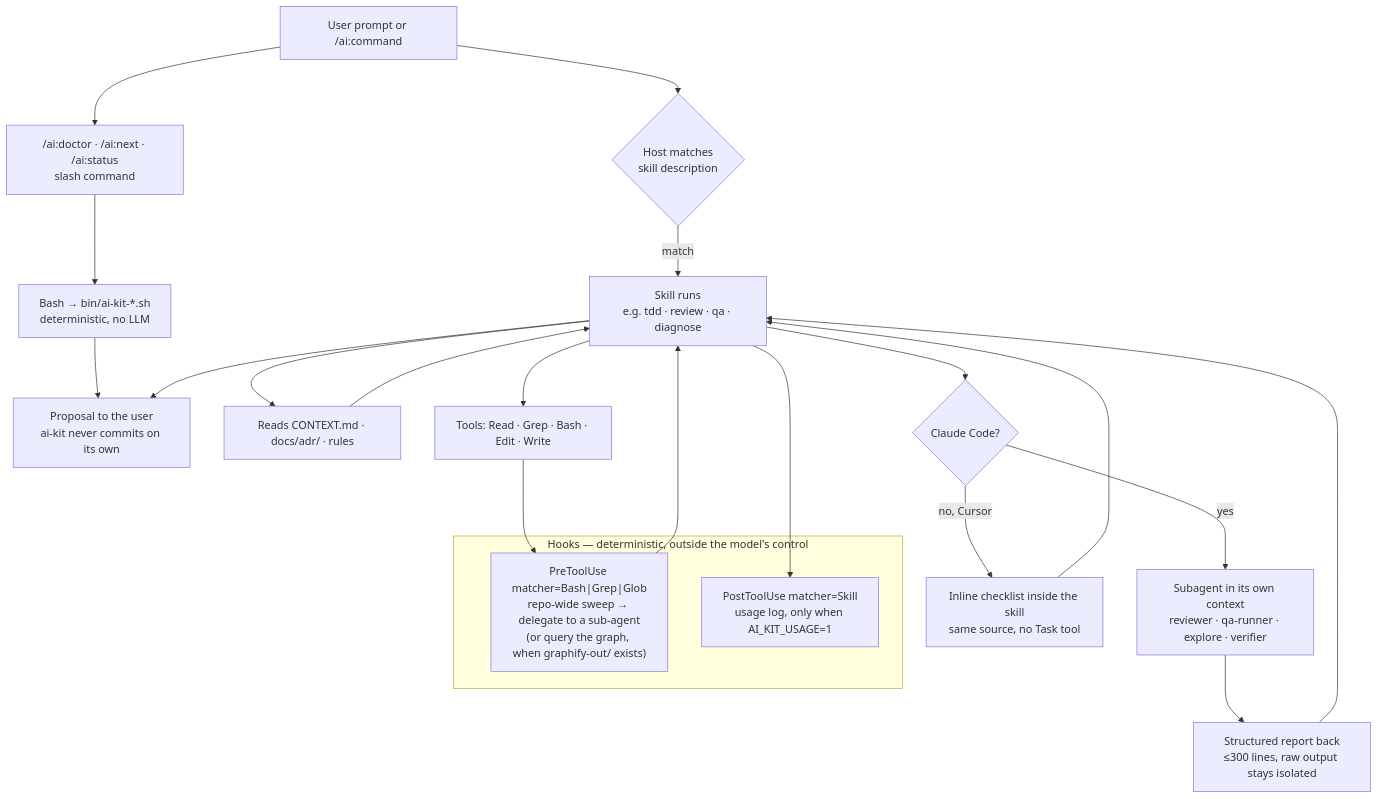
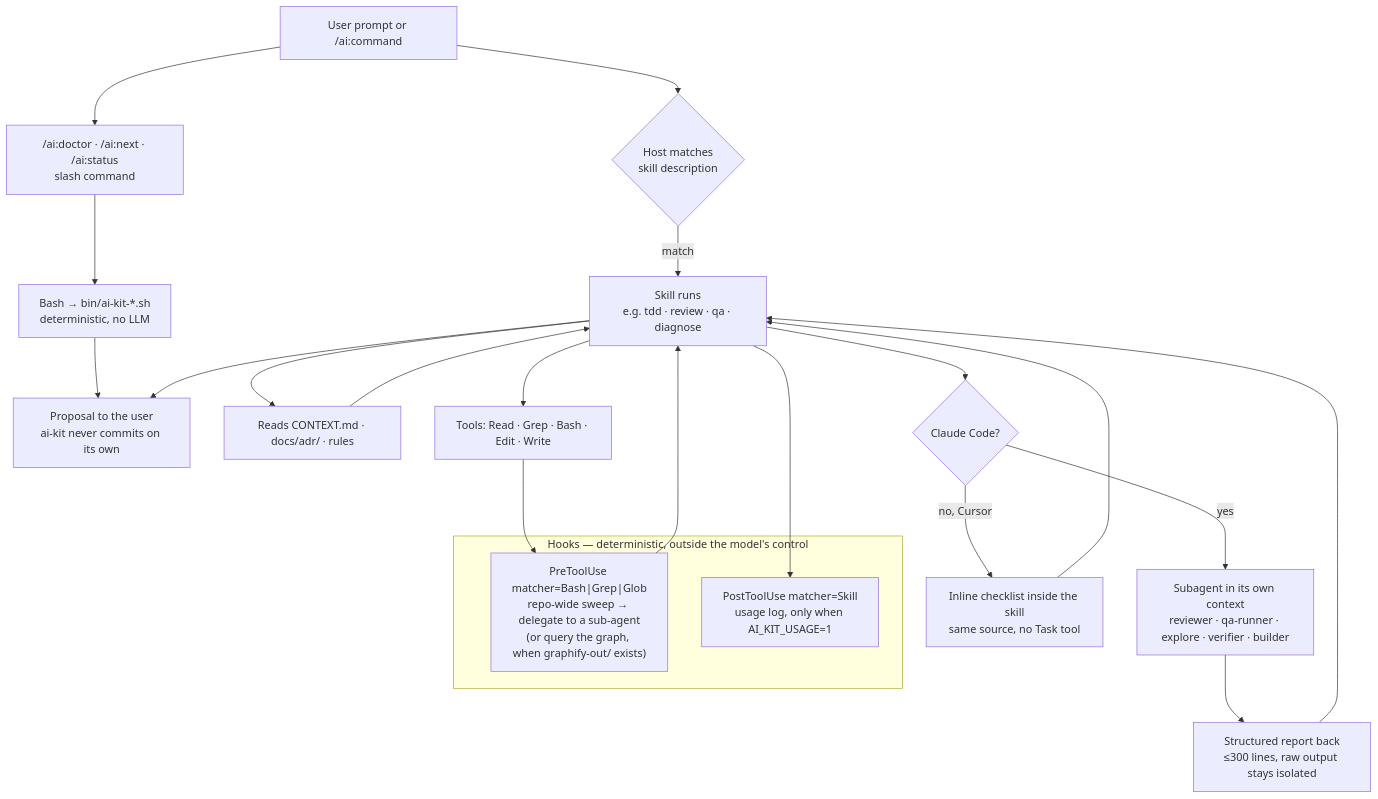
The second of 2 diagrams in docs/diagrams.md (yusufkaracaburun/ai-kit), drawn with Mermaid before and after one commit. The commit also changed other lines of this file and 13 other files, not shown here.

First line of the commit message:
feat(agents): add builder subagent, wired into tdd and autonomous

````diff
--- a/docs/diagrams.md
+++ b/docs/diagrams.md
@@ -60,35 +60,35 @@
 ```mermaid
 flowchart TD
   U["User prompt or /ai:command"]
 
   U --> SEL{"Host matches<br/>skill description"}
   U --> CMD["/ai:doctor · /ai:next · /ai:status<br/>slash command"]
 
   SEL -->|match| SK["Skill runs<br/>e.g. tdd · review · qa · diagnose"]
   CMD --> BIN["Bash → bin/ai-kit-*.sh<br/>deterministic, no LLM"]
   BIN --> OUT
 
   SK --> CTX["Reads CONTEXT.md · docs/adr/ · rules"]
   CTX --> SK
 
   SK --> TOOL["Tools: Read · Grep · Bash · Edit · Write"]
   SK --> DEL{"Claude Code?"}
 
-  DEL -->|yes| SUB["Subagent in its own context<br/>reviewer · qa-runner · explore · verifier"]
+  DEL -->|yes| SUB["Subagent in its own context<br/>reviewer · qa-runner · explore · verifier · builder"]
   DEL -->|no, Cursor| INL["Inline checklist inside the skill<br/>same source, no Task tool"]
 
   SUB --> REP["Structured report back<br/>≤300 lines, raw output stays isolated"]
   REP --> SK
   INL --> SK
 
   TOOL --> HK1
   SK --> HK2
 
   subgraph HOOKS["Hooks — deterministic, outside the model's control"]
     HK1["PreToolUse matcher=Bash|Grep|Glob<br/>repo-wide sweep → delegate to a sub-agent<br/>(or query the graph, when graphify-out/ exists)"]
     HK2["PostToolUse matcher=Skill<br/>usage log, only when AI_KIT_USAGE=1"]
   end
 
   HK1 --> SK
   SK --> OUT["Proposal to the user<br/>ai-kit never commits on its own"]
 ```
````
